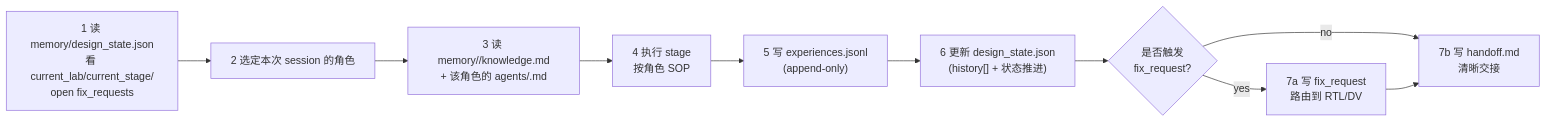
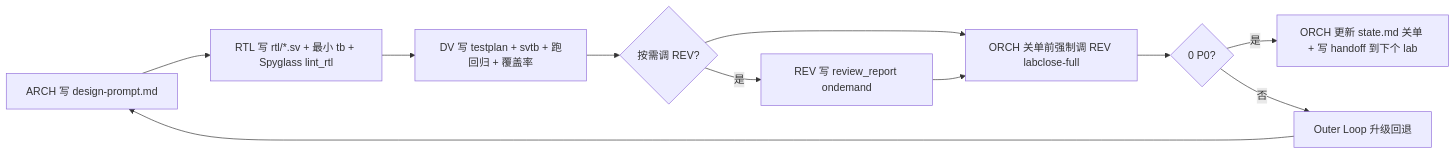
One commit to AArlert/rkv_v1pro_labs changed the second of 5 diagrams in ppa-lab-copilot/doc/ppa-plan.md. Above: the diagram before and after it, drawn with Mermaid. The commit also changed other lines of this file and 21 other files, not shown here.

First line of the commit message:
feat(ppa-lab-copilot): workflow v6 — template/ split, REV-EDA via make, plan distillation, tree to outlook

````diff
--- a/ppa-lab-copilot/doc/ppa-plan.md
+++ b/ppa-lab-copilot/doc/ppa-plan.md
@@ -203,12 +111,13 @@
 ```mermaid
 flowchart LR
-    A["1 读 memory/design_state.json<br/>看 current_lab/current_stage/<br/>open fix_requests"] --> B["2 选定本次 session 的角色"]
-    B --> C["3 读 memory/<domain>/knowledge.md<br/>+ 该角色的 agents/<role>.md"]
-    C --> D["4 执行 stage<br/>按角色 SOP"]
-    D --> E["5 写 experiences.jsonl<br/>(append-only)"]
-    E --> F["6 更新 design_state.json<br/>(history[] + 状态推进)"]
-    F --> G{"是否触发<br/>fix_request?"}
-    G -- yes --> H["7a 写 fix_request<br/>路由到 RTL/DV"]
-    G -- no --> I["7b 写 handoff.md<br/>清晰交接"]
-    H --> I
+    A[ARCH 写 design-prompt.md] --> B[RTL 写 rtl/*.sv + 最小 tb + Spyglass lint_rtl]
+    B --> C[DV 写 testplan + svtb + 跑回归 + 覆盖率]
+    C --> D{按需调 REV?}
+    D -- 是 --> E[REV 写 review_report ondemand]
+    D --> F[ORCH 关单前强制调 REV labclose-full]
+    E --> F
+    F --> G{0 P0?}
+    G -- 是 --> H[ORCH 更新 state.md 关单 + 写 handoff 到下个 lab]
+    G -- 否 --> I[Outer Loop 升级回退]
+    I --> A
 ```
````
